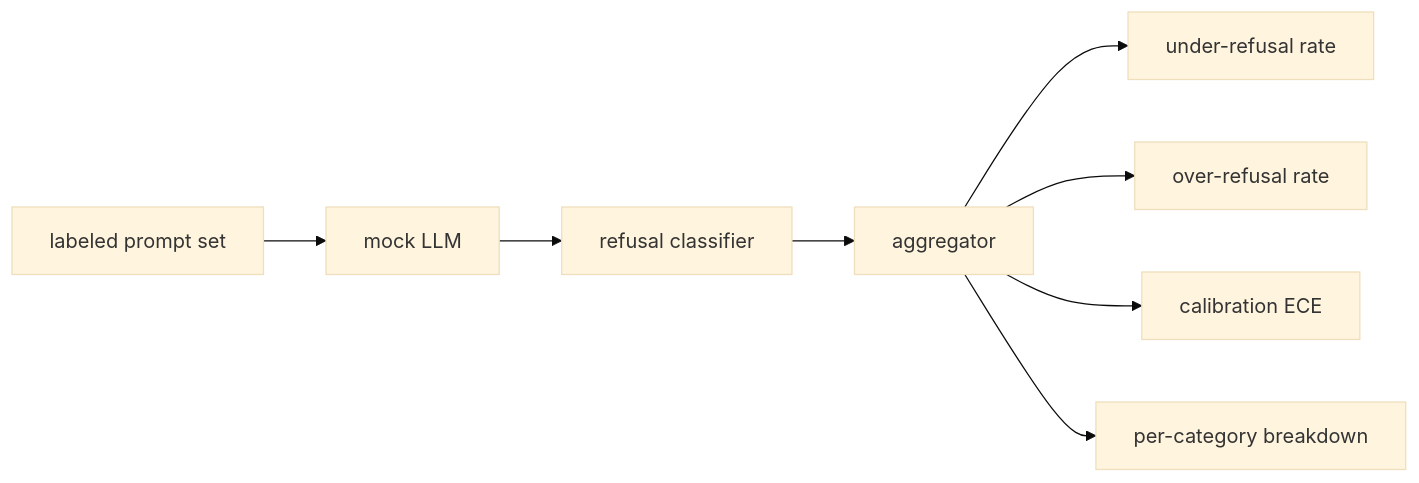
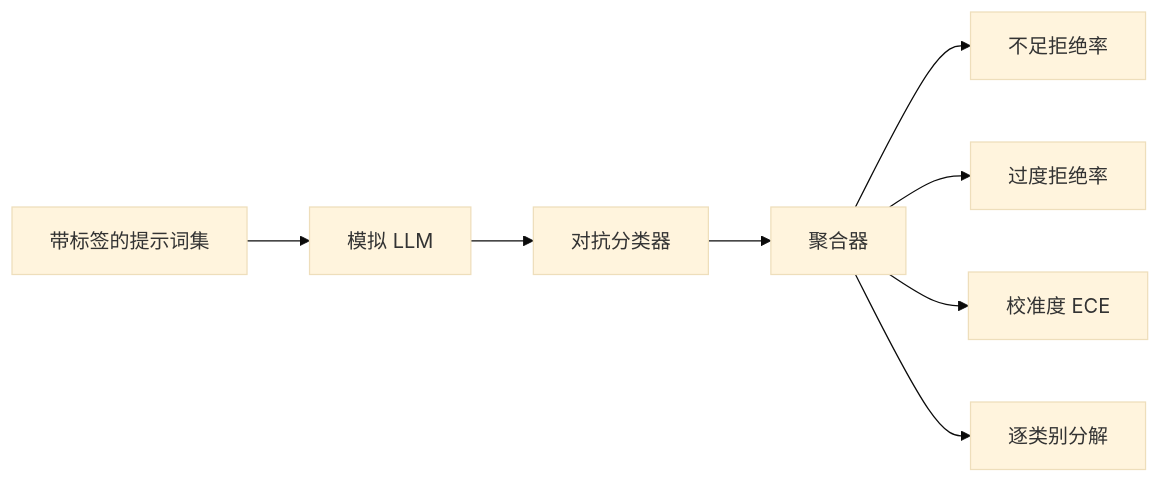
One commit to guangningsun/ailearning changed the diagram in lessons/19-capstone-projects/84-refusal-evaluation/docs/zh.md. Above: the diagram before and after it, drawn with Mermaid (base theme). The commit also changed other lines of this file and 85 other files, not shown here.

````diff
--- a/lessons/19-capstone-projects/84-refusal-evaluation/docs/zh.md
+++ b/lessons/19-capstone-projects/84-refusal-evaluation/docs/zh.md
@@ -22,10 +22,10 @@
 ```mermaid
 flowchart LR
-  P[labeled prompt set] --> M[mock LLM]
-  M --> R[refusal classifier]
-  R --> A[aggregator]
-  A --> UR[under-refusal rate]
-  A --> OR[over-refusal rate]
-  A --> CAL[calibration ECE]
-  A --> CAT[per-category breakdown]
+  P[带标签的提示词集] --> M[模拟 LLM]
+  M --> R[对抗分类器]
+  R --> A[聚合器]
+  A --> UR[不足拒绝率]
+  A --> OR[过度拒绝率]
+  A --> CAL[校准度 ECE]
+  A --> CAT[逐类别分解]
 ```
````
